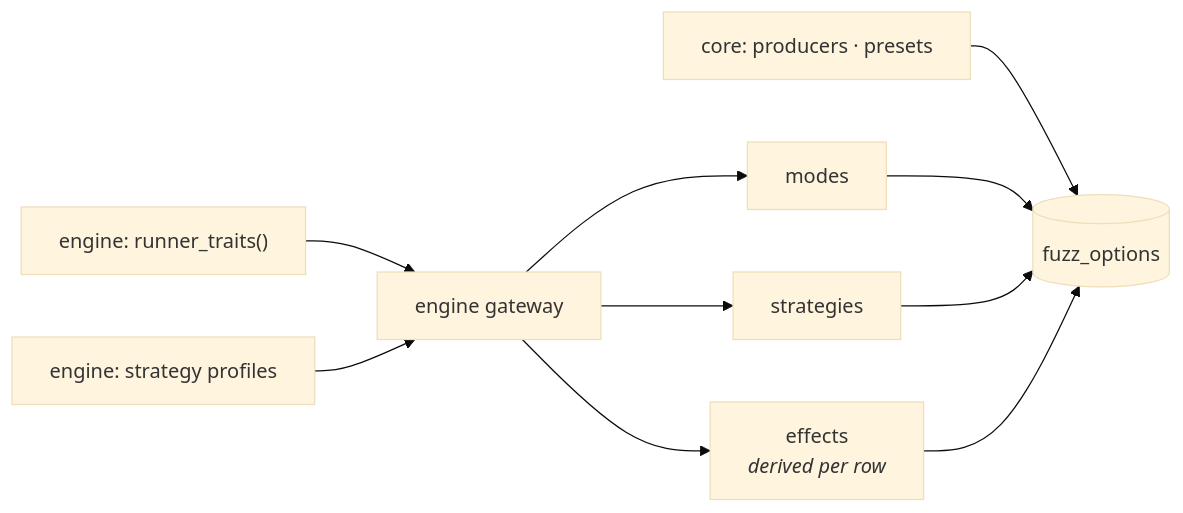
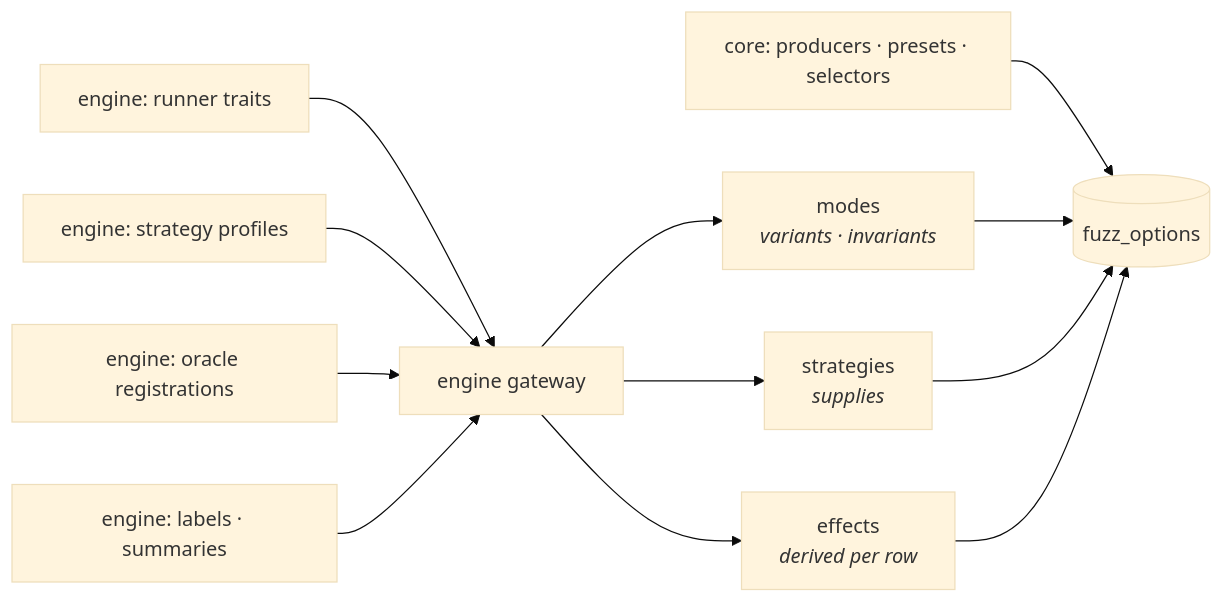
Before and after one commit to Spec-Forge-Testing/specforge-docs: the diagram in docs/modules/core/protocol/fuzz-options.md, drawn with Mermaid (base theme). The commit also changed other lines of this file and 29 other files, not shown here.

````diff
--- a/docs/modules/core/protocol/fuzz-options.md
+++ b/docs/modules/core/protocol/fuzz-options.md
@@ -16,12 +18,14 @@
 ```mermaid
 flowchart LR
-    T["engine: runner_traits()"] --> G[engine gateway]
+    T["engine: runner traits"] --> G[engine gateway]
     P["engine: strategy profiles"] --> G
-    G --> M[modes]
-    G --> S[strategies]
+    O["engine: oracle registrations"] --> G
+    X["engine: labels · summaries"] --> G
+    G --> M["modes<br/><i>variants · invariants</i>"]
+    G --> S["strategies<br/><i>supplies</i>"]
     G --> E["effects<br/><i>derived per row</i>"]
-    C["core: producers · presets"] --> FO[(fuzz_options)]
+    C["core: producers · presets · selectors"] --> FO[(fuzz_options)]
     M --> FO
     S --> FO
     E --> FO
 ```
````
